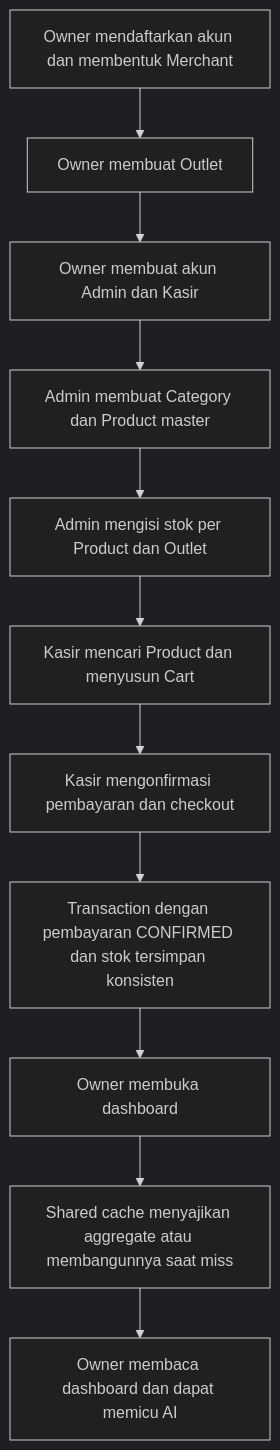
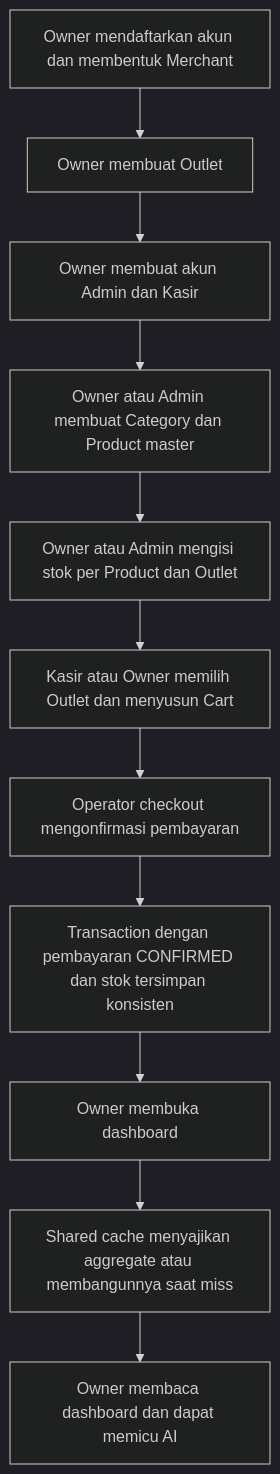
Before and after one commit to TeamOneee/pos-project-be: the first of 4 diagrams in docs/deliverables/04-iterasi-1-proposed-frd.md, drawn with Mermaid (dark theme). The commit also changed other lines of this file and 4 other files, not shown here.

````diff
--- a/docs/deliverables/04-iterasi-1-proposed-frd.md
+++ b/docs/deliverables/04-iterasi-1-proposed-frd.md
@@ -394,13 +394,13 @@
 ```mermaid
 flowchart TD
     A["Owner mendaftarkan akun dan membentuk Merchant"] --> B["Owner membuat Outlet"]
     B --> C["Owner membuat akun Admin dan Kasir"]
-    C --> D["Admin membuat Category dan Product master"]
-    D --> E["Admin mengisi stok per Product dan Outlet"]
-    E --> F["Kasir mencari Product dan menyusun Cart"]
-    F --> G["Kasir mengonfirmasi pembayaran dan checkout"]
+    C --> D["Owner atau Admin membuat Category dan Product master"]
+    D --> E["Owner atau Admin mengisi stok per Product dan Outlet"]
+    E --> F["Kasir atau Owner memilih Outlet dan menyusun Cart"]
+    F --> G["Operator checkout mengonfirmasi pembayaran"]
     G --> H["Transaction dengan pembayaran CONFIRMED dan stok tersimpan konsisten"]
     H --> I["Owner membuka dashboard"]
     I --> J["Shared cache menyajikan aggregate atau membangunnya saat miss"]
     J --> K["Owner membaca dashboard dan dapat memicu AI"]
 ```
````
